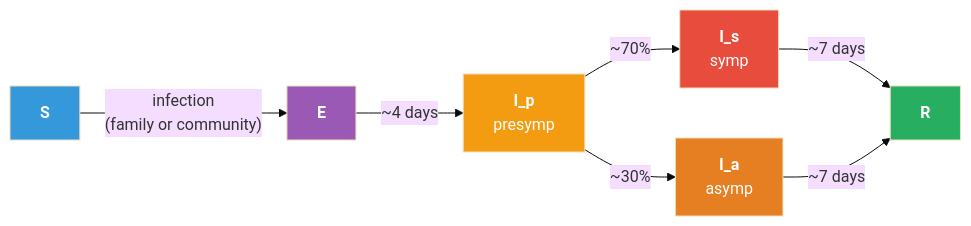
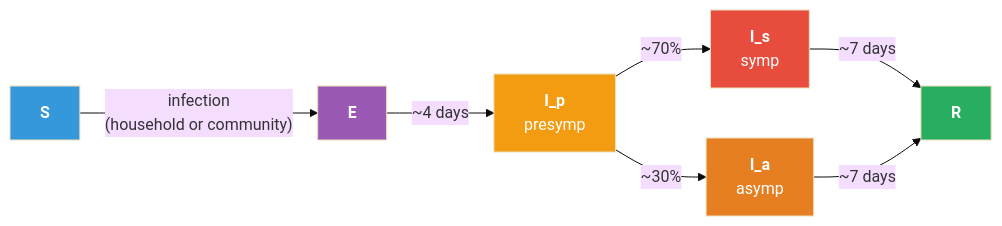
Before and after one commit to EpiModel/EpiModel-Gallery: the diagram in examples/rsv/index.qmd, drawn with Mermaid (base theme). The commit also changed other lines of this file and 8 other files, not shown here.

````diff
--- a/examples/rsv/index.qmd
+++ b/examples/rsv/index.qmd
@@ -44,17 +52,17 @@
 ```{mermaid}
 %%| echo: false
 flowchart LR
-    S["<b>S</b>"] -->|"infection<br/>(family or community)"| E
+    S["<b>S</b>"] -->|"infection<br/>(household or community)"| E
     E["<b>E</b>"] -->|"~4 days"| Ip
     Ip["<b>I_p</b><br/>presymp"] -->|"~70%"| Is["<b>I_s</b><br/>symp"]
     Ip -->|"~30%"| Ia["<b>I_a</b><br/>asymp"]
     Is -->|"~7 days"| R["<b>R</b>"]
     Ia -->|"~7 days"| R
 
     style S fill:#3498db,color:#fff
     style E fill:#9b59b6,color:#fff
     style Ip fill:#f39c12,color:#fff
     style Is fill:#e74c3c,color:#fff
     style Ia fill:#e67e22,color:#fff
     style R fill:#27ae60,color:#fff
 ```
````
